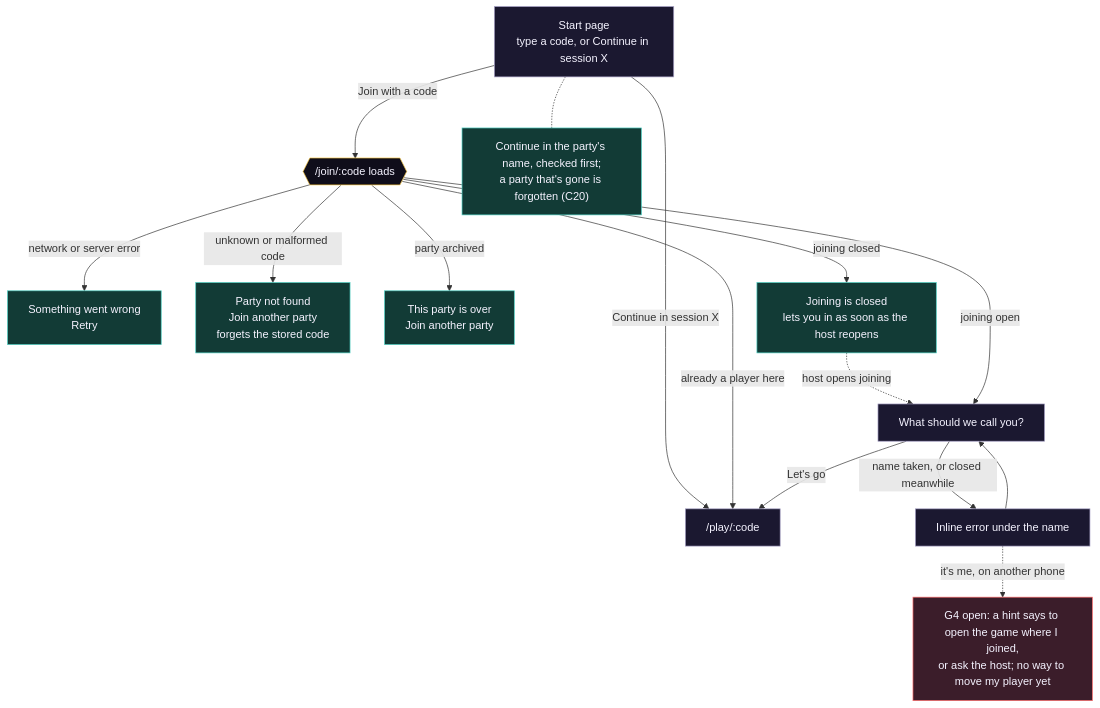
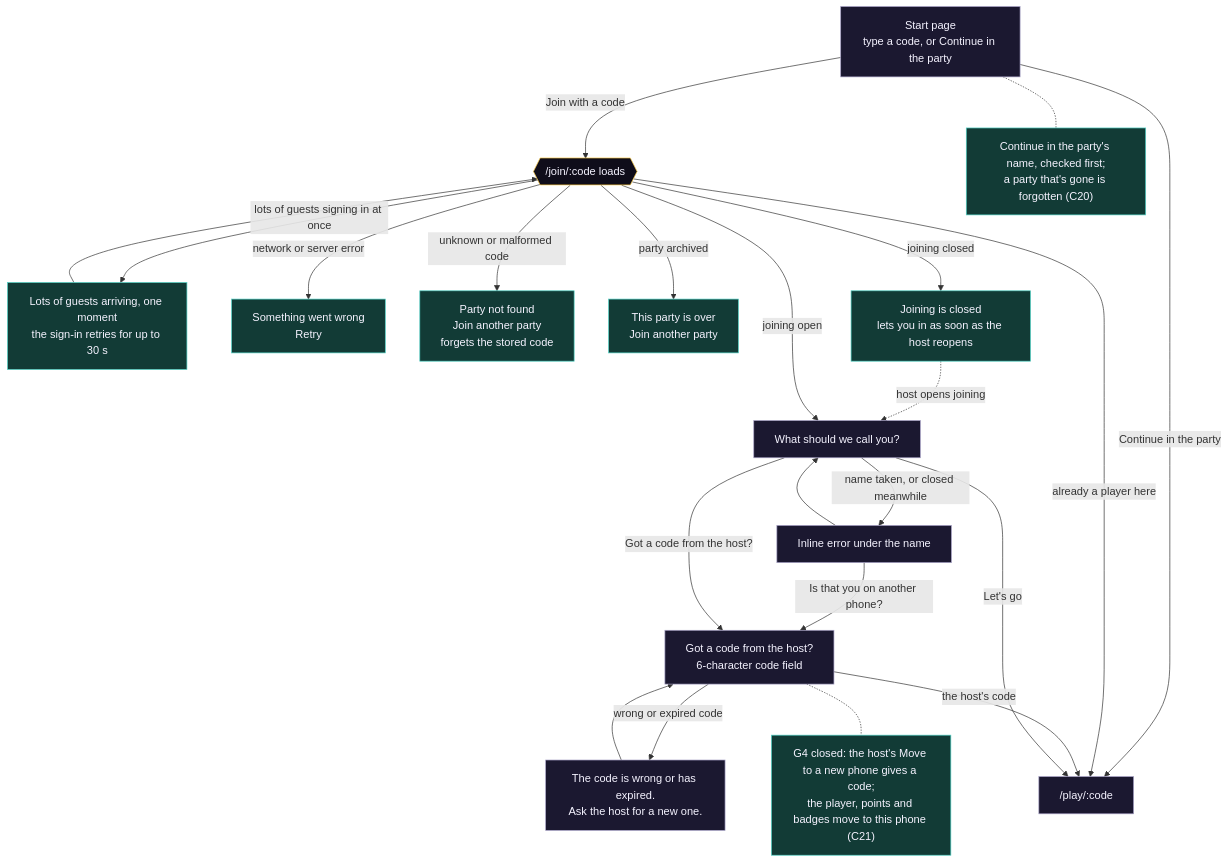
Before and after one commit to NicolaiLassen/hurra: the second of 14 diagrams in docs/user-flows.md, drawn with Mermaid. The commit also changed other lines of this file and 36 other files, not shown here.

````diff
--- a/docs/user-flows.md
+++ b/docs/user-flows.md
@@ -55,23 +64,30 @@
 ```mermaid
 flowchart TD
   classDef screen fill:#1b1830,stroke:#a9a3c7,color:#f5f3ff
   classDef gate fill:#0f0d1a,stroke:#f5c542,color:#f5f3ff
   classDef closed fill:#123b36,stroke:#4fd1c5,color:#f5f3ff
   classDef open fill:#3b1d2a,stroke:#ff6b6b,color:#f5f3ff
 
-  HOME["Start page<br/>type a code, or Continue in session X"]:::screen
+  HOME["Start page<br/>type a code, or Continue in the party"]:::screen
   HOME -- "Join with a code" --> J0{{"/join/:code loads"}}:::gate
-  HOME -- "Continue in session X" --> P0["/play/:code"]:::screen
+  HOME -- "Continue in the party" --> P0["/play/:code"]:::screen
   HOME -.- C20["Continue in the party's name, checked first;<br/>a party that's gone is forgotten (C20)"]:::closed
+  J0 -- "lots of guests signing in at once" --> BUSY["Lots of guests arriving, one moment<br/>the sign-in retries for up to 30 s"]:::closed
+  BUSY --> J0
   J0 -- "network or server error" --> E1["Something went wrong<br/>Retry"]:::closed
   J0 -- "unknown or malformed code" --> NF1["Party not found<br/>Join another party<br/>forgets the stored code"]:::closed
   J0 -- "already a player here" --> P0
   J0 -- "party archived" --> AR1["This party is over<br/>Join another party"]:::closed
   J0 -- "joining closed" --> CL1["Joining is closed<br/>lets you in as soon as the host reopens"]:::closed
   CL1 -. "host opens joining" .-> FORM
   J0 -- "joining open" --> FORM["What should we call you?"]:::screen
   FORM -- "name taken, or closed meanwhile" --> FERR["Inline error under the name"]:::screen
   FERR --> FORM
-  FERR -. "it's me, on another phone" .-> G4["G4 open: a hint says to open the game where I joined,<br/>or ask the host; no way to move my player yet"]:::open
+  FERR -- "Is that you on another phone?" --> CODE["Got a code from the host?<br/>6-character code field"]:::screen
+  FORM -- "Got a code from the host?" --> CODE
+  CODE -- "wrong or expired code" --> CERR["The code is wrong or has expired.<br/>Ask the host for a new one."]:::screen
+  CERR --> CODE
+  CODE -- "the host's code" --> P0
+  CODE -.- C21["G4 closed: the host's Move to a new phone gives a code;<br/>the player, points and badges move to this phone (C21)"]:::closed
   FORM -- "Let's go" --> P0
 ```
````
